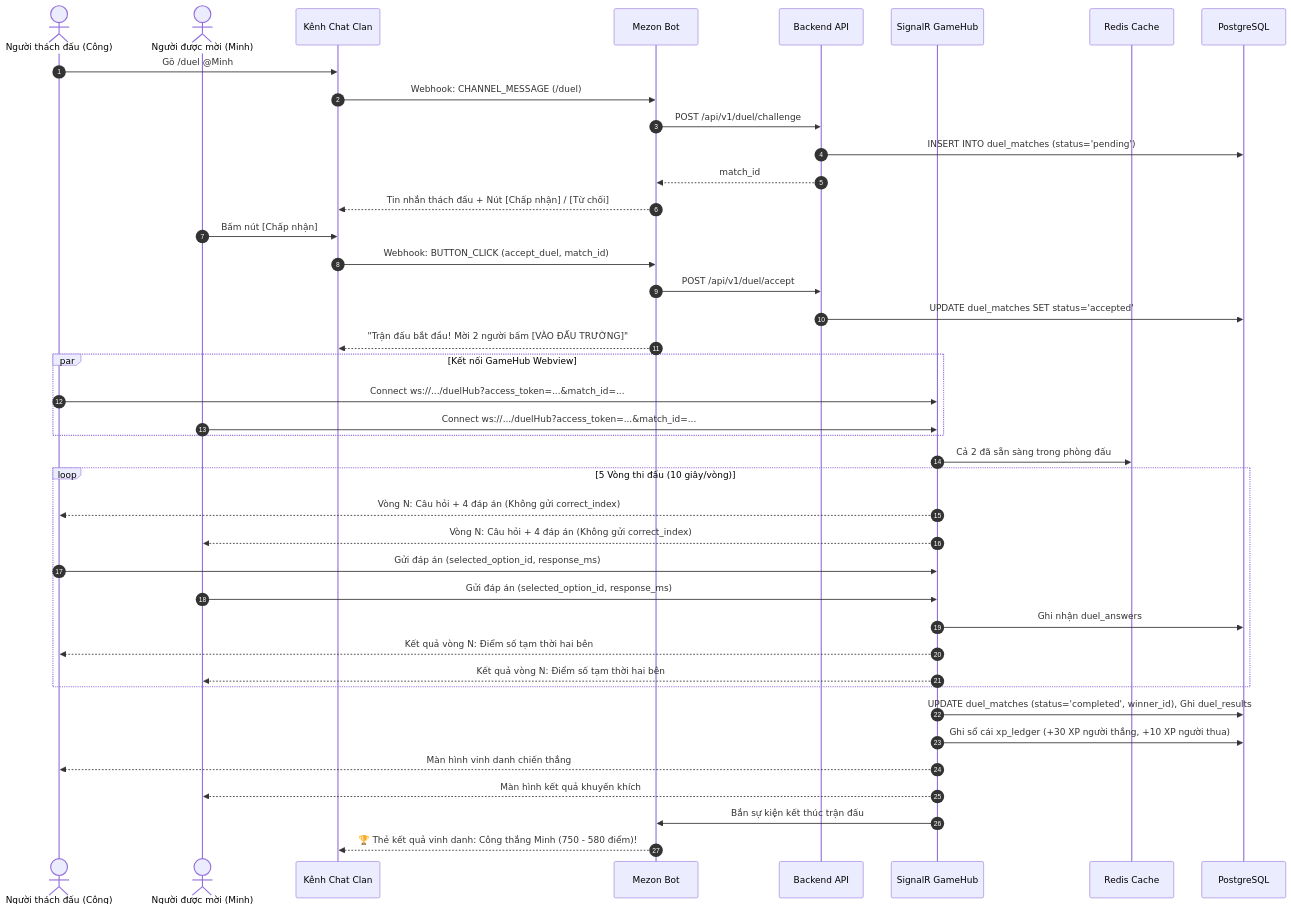
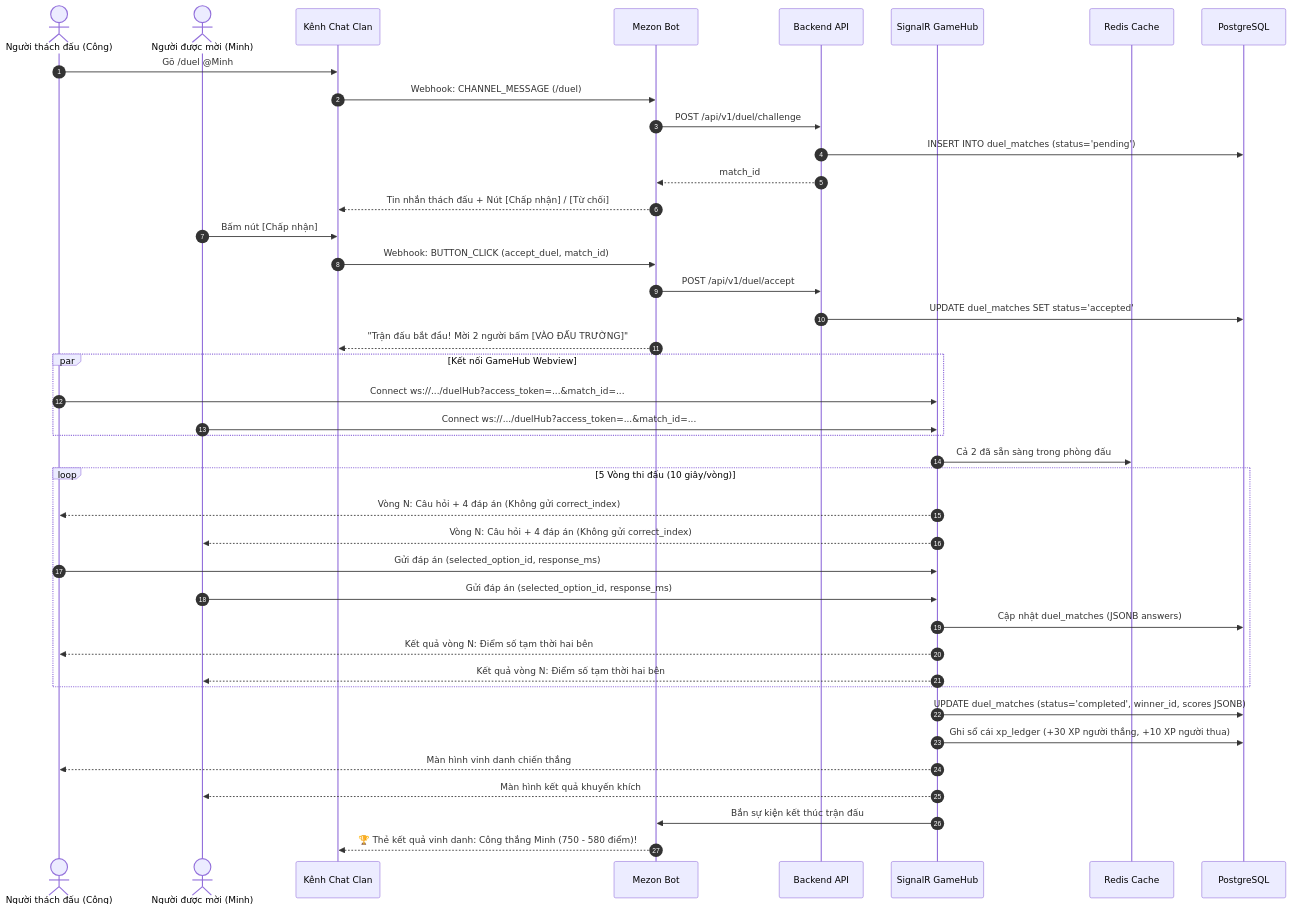
The second of 2 diagrams in docs/architecture/ARCHITECTURE_DESIGN.md (vcongggggg/lingual-audit), drawn with Mermaid before and after one commit. The commit also changed other lines of this file and 16 other files, not shown here.

Commit message:
docs: sync entire project documentation with 22-table Core MVP database schema

````diff
--- a/docs/architecture/ARCHITECTURE_DESIGN.md
+++ b/docs/architecture/ARCHITECTURE_DESIGN.md
@@ -150,49 +152,49 @@
 ```mermaid
 sequenceDiagram
     autonumber
     actor P1 as Người thách đấu (Công)
     actor P2 as Người được mời (Minh)
     participant Channel as Kênh Chat Clan
     participant Bot as Mezon Bot
     participant API as Backend API
     participant Hub as SignalR GameHub
     participant Redis as Redis Cache
     participant DB as PostgreSQL
 
     P1->>Channel: Gõ /duel @Minh
     Channel->>Bot: Webhook: CHANNEL_MESSAGE (/duel)
     Bot->>API: POST /api/v1/duel/challenge
     API->>DB: INSERT INTO duel_matches (status='pending')
     API-->>Bot: match_id
     Bot-->>Channel: Tin nhắn thách đấu + Nút [Chấp nhận] / [Từ chối]
 
     P2->>Channel: Bấm nút [Chấp nhận]
     Channel->>Bot: Webhook: BUTTON_CLICK (accept_duel, match_id)
     Bot->>API: POST /api/v1/duel/accept
     API->>DB: UPDATE duel_matches SET status='accepted'
     Bot-->>Channel: "Trận đấu bắt đầu! Mời 2 người bấm [VÀO ĐẤU TRƯỜNG]"
 
     par Kết nối GameHub Webview
         P1->>Hub: Connect ws://.../duelHub?access_token=...&match_id=...
         P2->>Hub: Connect ws://.../duelHub?access_token=...&match_id=...
     end
     
     Hub->>Redis: Cả 2 đã sẵn sàng trong phòng đấu
     
     loop 5 Vòng thi đấu (10 giây/vòng)
         Hub-->>P1: Vòng N: Câu hỏi + 4 đáp án (Không gửi correct_index)
         Hub-->>P2: Vòng N: Câu hỏi + 4 đáp án (Không gửi correct_index)
         P1->>Hub: Gửi đáp án (selected_option_id, response_ms)
         P2->>Hub: Gửi đáp án (selected_option_id, response_ms)
-        Hub->>DB: Ghi nhận duel_answers
+        Hub->>DB: Cập nhật duel_matches (JSONB answers)
         Hub-->>P1: Kết quả vòng N: Điểm số tạm thời hai bên
         Hub-->>P2: Kết quả vòng N: Điểm số tạm thời hai bên
     end
 
-    Hub->>DB: UPDATE duel_matches (status='completed', winner_id), Ghi duel_results
+    Hub->>DB: UPDATE duel_matches (status='completed', winner_id, scores JSONB)
     Hub->>DB: Ghi sổ cái xp_ledger (+30 XP người thắng, +10 XP người thua)
     Hub-->>P1: Màn hình vinh danh chiến thắng
     Hub-->>P2: Màn hình kết quả khuyến khích
     Hub->>Bot: Bắn sự kiện kết thúc trận đấu
     Bot-->>Channel: 🏆 Thẻ kết quả vinh danh: Công thắng Minh (750 - 580 điểm)!
 ```
````
